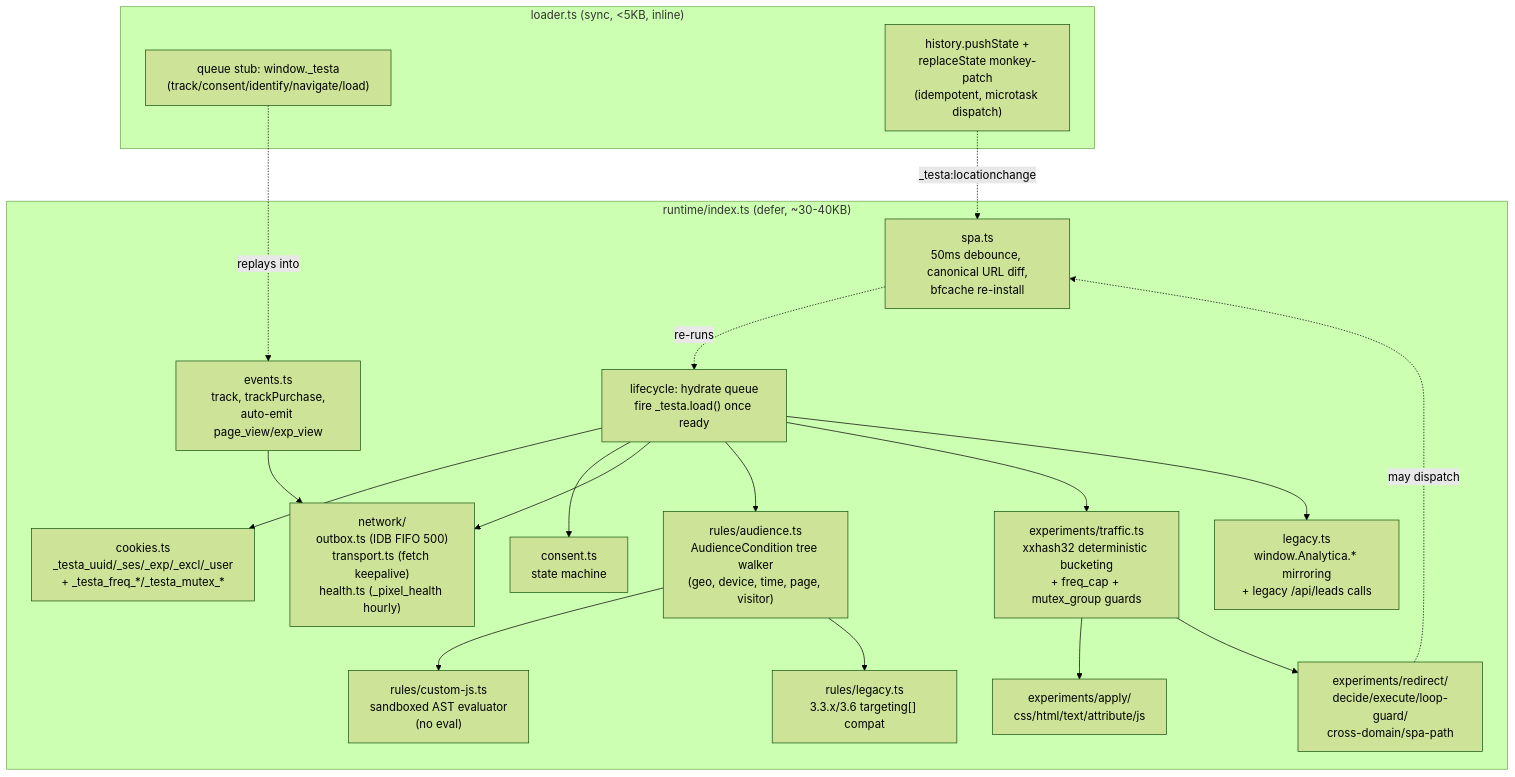
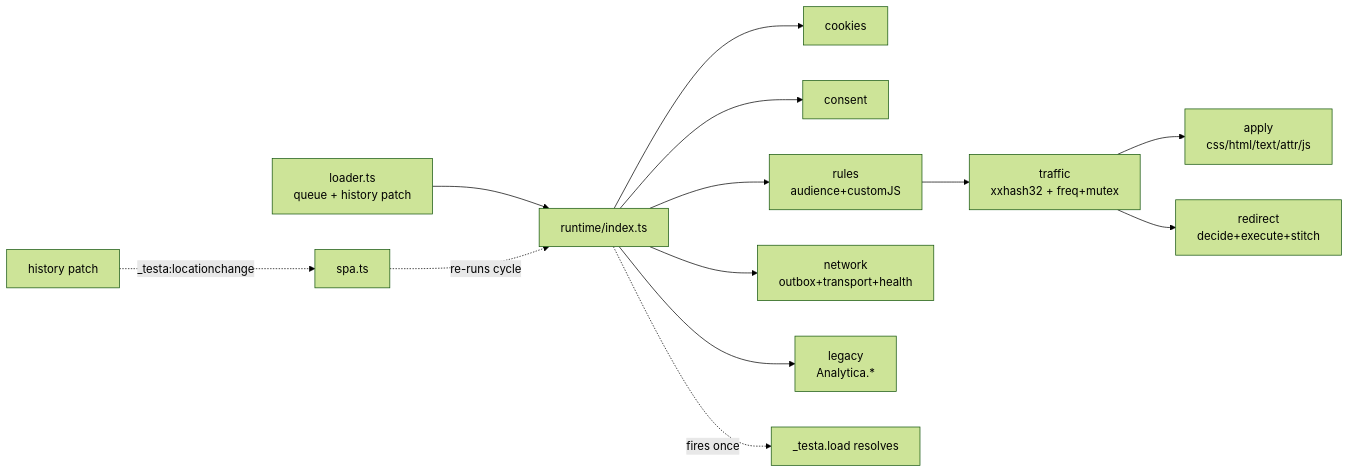
Before and after one commit to bagdaddy/testa: the sixth of 9 diagrams in docs/architecture/06-system-diagram.md, drawn with Mermaid (forest theme). The commit also changed other lines of this file, not shown here.

First line of the commit message:
docs(architecture): add ASCII fallback for system diagram + simplify dense Mermaid

````diff
--- a/docs/architecture/06-system-diagram.md
+++ b/docs/architecture/06-system-diagram.md
@@ -230,39 +317,14 @@
 ```mermaid
-flowchart TB
-  subgraph SYNC["loader.ts (sync, &lt;5KB, inline)"]
-    QUEUE["queue stub: window._testa<br/>(track/consent/identify/navigate/load)"]
-    PATCH["history.pushState +<br/>replaceState monkey-patch<br/>(idempotent, microtask dispatch)"]
-  end
-
-  subgraph DEFER["runtime/index.ts (defer, ~30-40KB)"]
-    LIFECYCLE["lifecycle: hydrate queue<br/>fire _testa.load() once ready"]
-    COOKIES["cookies.ts<br/>_testa_uuid/_ses/_exp/_excl/_user<br/>+ _testa_freq_*/_testa_mutex_*"]
-    CONSENT["consent.ts<br/>state machine"]
-    SPA["spa.ts<br/>50ms debounce, canonical URL diff,<br/>bfcache re-install"]
-    NETWORK["network/<br/>outbox.ts (IDB FIFO 500)<br/>transport.ts (fetch keepalive)<br/>health.ts (_pixel_health hourly)"]
-    EVENTS["events.ts<br/>track, trackPurchase,<br/>auto-emit page_view/exp_view"]
-    AUDIENCE["rules/audience.ts<br/>AudienceCondition tree walker<br/>(geo, device, time, page, visitor)"]
-    CUSTOMJS["rules/custom-js.ts<br/>sandboxed AST evaluator<br/>(no eval)"]
-    LEGACYRULE["rules/legacy.ts<br/>3.3.x/3.6 targeting[] compat"]
-    TRAFFIC["experiments/traffic.ts<br/>xxhash32 deterministic bucketing<br/>+ freq_cap + mutex_group guards"]
-    APPLY["experiments/apply/<br/>css/html/text/attribute/js"]
-    REDIRECT["experiments/redirect/<br/>decide/execute/loop-guard/<br/>cross-domain/spa-path"]
-    LEGACY_GLOBAL["legacy.ts<br/>window.Analytica.* mirroring<br/>+ legacy /api/leads calls"]
-  end
-
-  QUEUE -.->|"replays into"| EVENTS
-  PATCH -.->|"_testa:locationchange"| SPA
-  LIFECYCLE --> COOKIES
-  LIFECYCLE --> CONSENT
-  LIFECYCLE --> NETWORK
-  LIFECYCLE --> AUDIENCE
-  LIFECYCLE --> TRAFFIC
-  LIFECYCLE --> LEGACY_GLOBAL
-  AUDIENCE --> CUSTOMJS
-  AUDIENCE --> LEGACYRULE
-  TRAFFIC --> APPLY
-  TRAFFIC --> REDIRECT
-  EVENTS --> NETWORK
-  REDIRECT -.->|"may dispatch"| SPA
-  SPA -.->|"re-runs"| LIFECYCLE
+flowchart LR
+  LOADER[loader.ts<br/>queue + history patch] --> RUNTIME[runtime/index.ts]
+  RUNTIME --> COOKIES[cookies]
+  RUNTIME --> CONSENT[consent]
+  RUNTIME --> RULES[rules<br/>audience+customJS]
+  RULES --> TRAFFIC[traffic<br/>xxhash32 + freq+mutex]
+  TRAFFIC --> APPLY[apply<br/>css/html/text/attr/js]
+  TRAFFIC --> REDIRECT[redirect<br/>decide+execute+stitch]
+  RUNTIME --> NET[network<br/>outbox+transport+health]
+  RUNTIME --> LEG[legacy<br/>Analytica.*]
+  RUNTIME -.->|fires once| LOAD[_testa.load resolves]
+  PATCH[history patch] -.->|_testa:locationchange| SPA[spa.ts] -.->|re-runs cycle| RUNTIME
 ```
````
